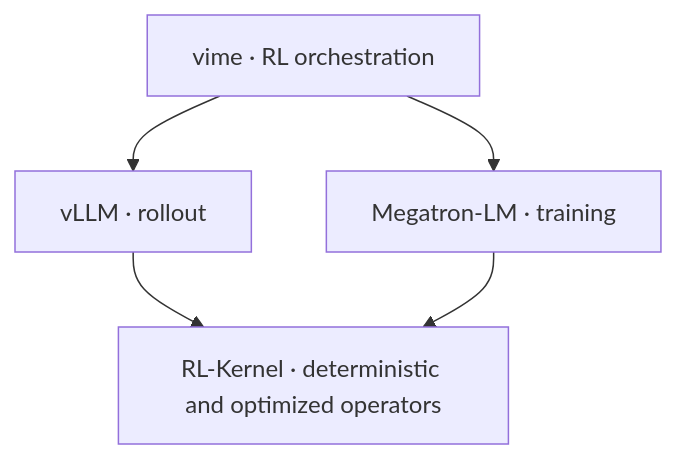
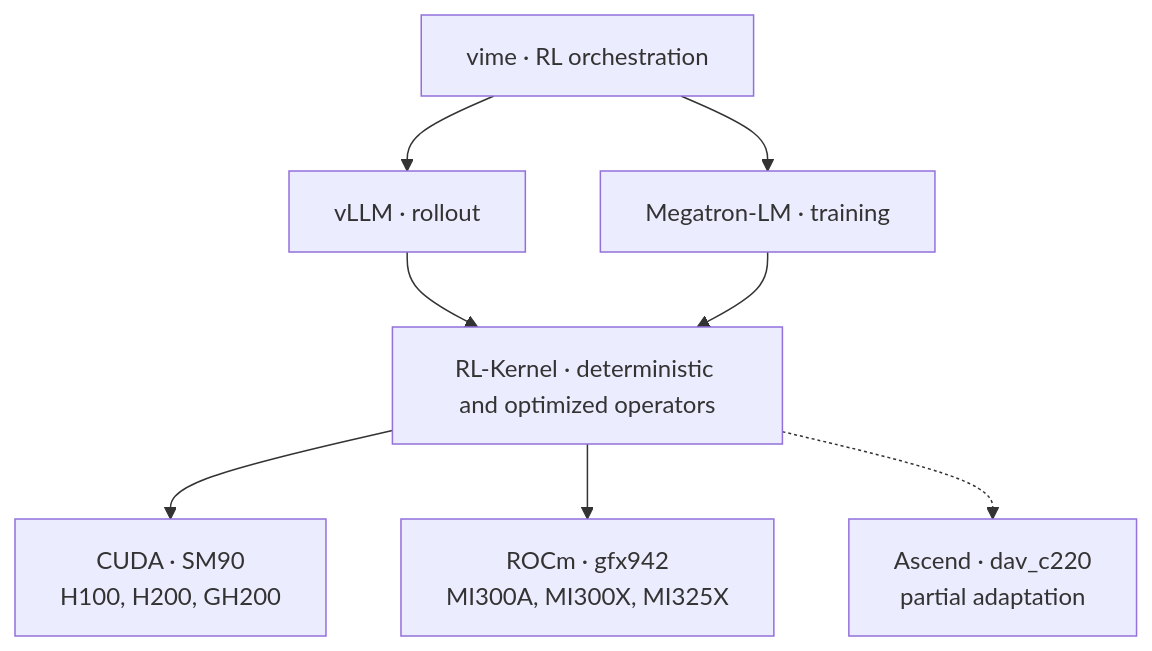
Before and after one commit to Flink-ddd/Kernel-Align: the diagram in README.md, drawn with Mermaid. The commit also changed other lines of this file, not shown here.

Commit message:
docs(readme): remove MUSA from vime diagram

````diff
--- a/README.md
+++ b/README.md
@@ -74,7 +73,10 @@
 ```mermaid
 flowchart TB
     vime["vime · RL orchestration"] --> VLLM["vLLM · rollout"]
     vime --> MEGATRON["Megatron-LM · training"]
     VLLM --> RLK["RL-Kernel · deterministic and optimized operators"]
     MEGATRON --> RLK
+    RLK --> CUDA["CUDA · SM90<br/>H100, H200, GH200"]
+    RLK --> ROCM["ROCm · gfx942<br/>MI300A, MI300X, MI325X"]
+    RLK -.-> ASCEND["Ascend · dav_c220<br/>partial adaptation"]
 ```
````
